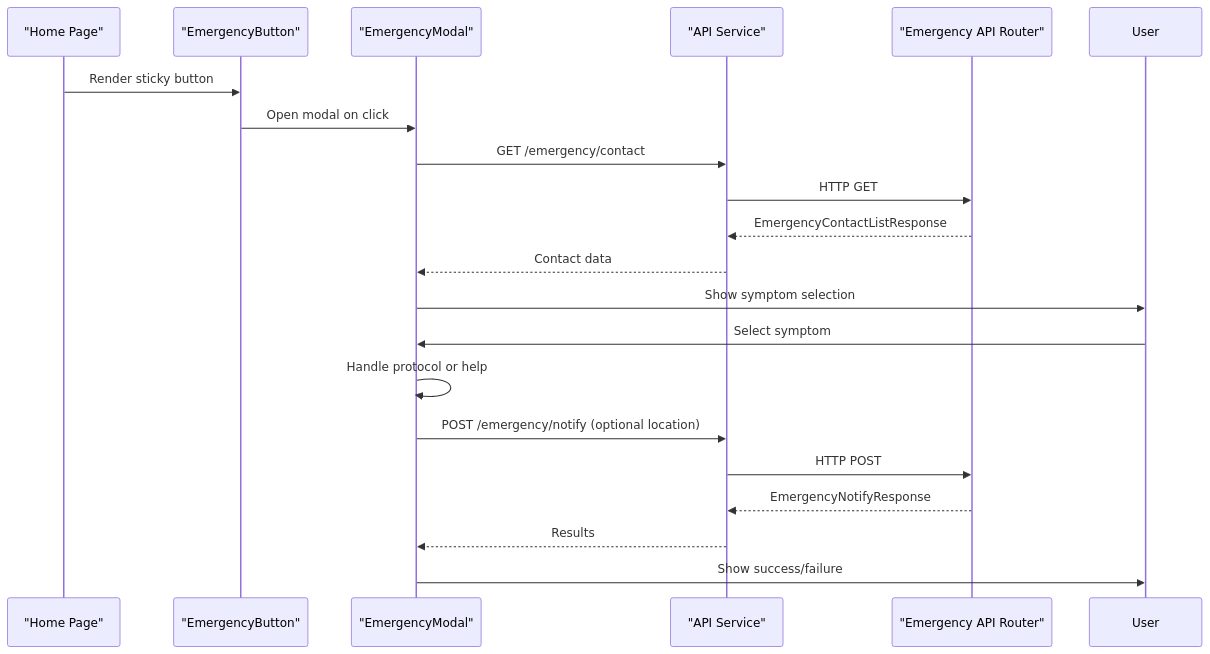
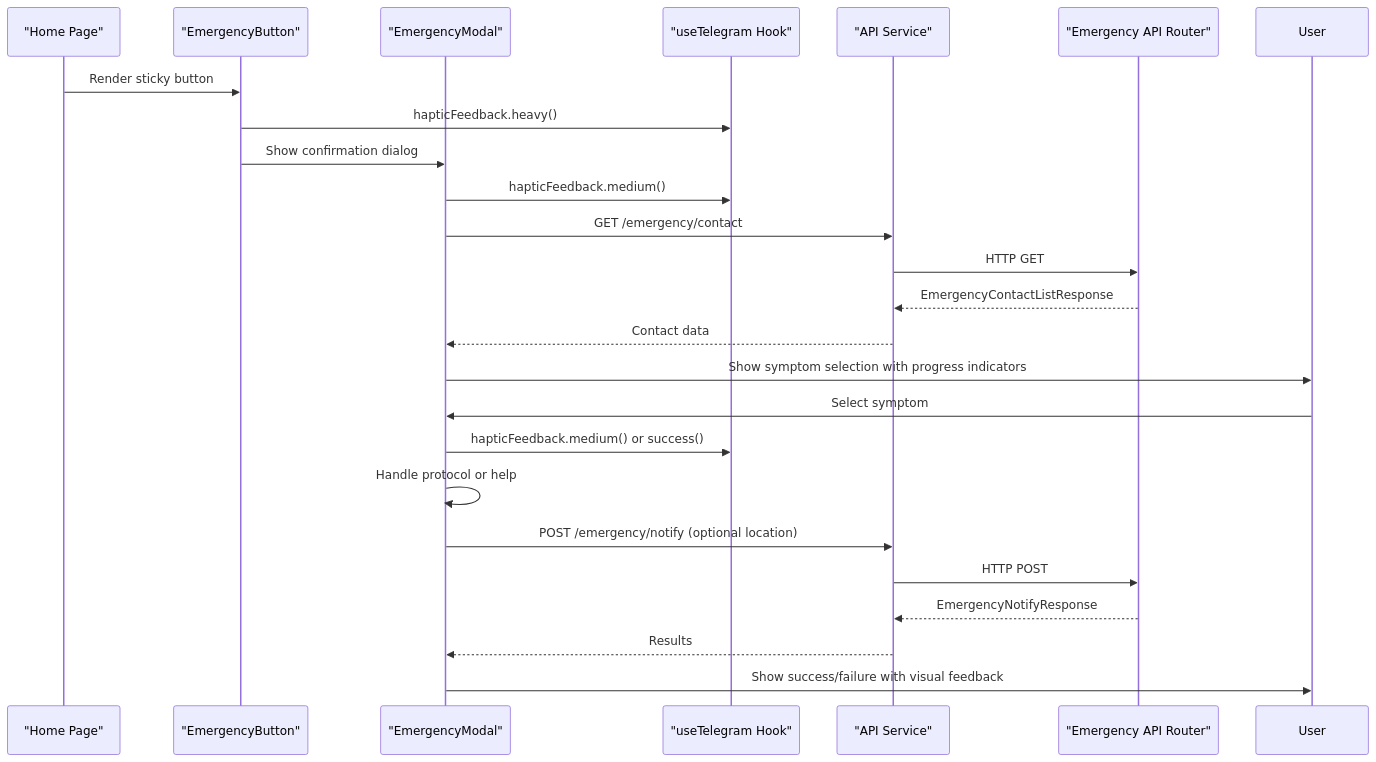
One commit to nilsnavi/fit_trackerpro changed the fifth of 8 diagrams in .qoder/repowiki/en/content/Feature Implementation/Emergency Mode & Safety Features.md. Above: the diagram before and after it, drawn with Mermaid. The commit also changed other lines of this file and 19 other files, not shown here.

````diff
--- a/.qoder/repowiki/en/content/Feature Implementation/Emergency Mode & Safety Features.md
+++ b/.qoder/repowiki/en/content/Feature Implementation/Emergency Mode & Safety Features.md
@@ -246,22 +276,26 @@
 ```mermaid
 sequenceDiagram
 participant Home as "Home Page"
 participant Button as "EmergencyButton"
 participant Modal as "EmergencyModal"
+participant Telegram as "useTelegram Hook"
 participant API as "API Service"
 participant Router as "Emergency API Router"
 Home->>Button : Render sticky button
-Button->>Modal : Open modal on click
+Button->>Telegram : hapticFeedback.heavy()
+Button->>Modal : Show confirmation dialog
+Modal->>Telegram : hapticFeedback.medium()
 Modal->>API : GET /emergency/contact
 API->>Router : HTTP GET
 Router-->>API : EmergencyContactListResponse
 API-->>Modal : Contact data
-Modal->>User : Show symptom selection
+Modal->>User : Show symptom selection with progress indicators
 User->>Modal : Select symptom
+Modal->>Telegram : hapticFeedback.medium() or success()
 Modal->>Modal : Handle protocol or help
 Modal->>API : POST /emergency/notify (optional location)
 API->>Router : HTTP POST
 Router-->>API : EmergencyNotifyResponse
 API-->>Modal : Results
-Modal->>User : Show success/failure
+Modal->>User : Show success/failure with visual feedback
 ```
````
